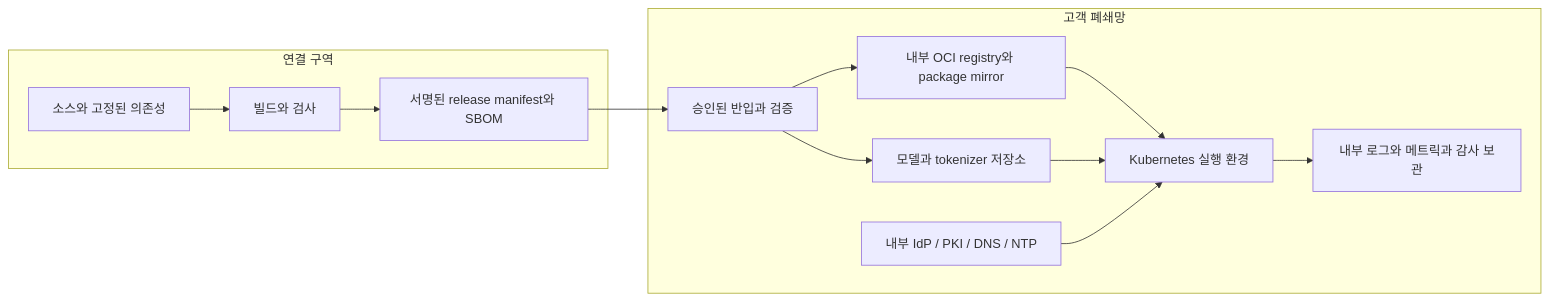
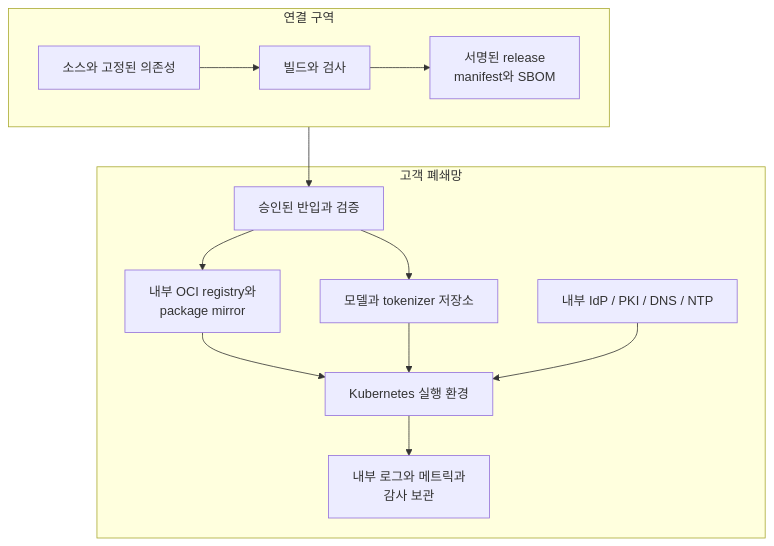
Before and after one commit to jay-jang/preparing-fde: the eighth of 17 diagrams in docs/fde-prezi-ko.md, drawn with Mermaid. The commit also changed other lines of this file and 75 other files, not shown here.

````diff
--- a/docs/fde-prezi-ko.md
+++ b/docs/fde-prezi-ko.md
@@ -424,16 +561,17 @@
 ```mermaid
-flowchart LR
+flowchart TB
   subgraph Build["연결 구역"]
+    direction LR
     C["소스와 고정된 의존성"] --> B["빌드와 검사"]
-    B --> S["서명된 release manifest와 SBOM"]
+    B --> S["서명된 release<br/>manifest와 SBOM"]
   end
-  S --> T["승인된 반입과 검증"]
   subgraph Offline["고객 폐쇄망"]
-    T --> R["내부 OCI registry와 package mirror"]
+    T["승인된 반입과 검증"] --> R["내부 OCI registry와<br/>package mirror"]
     T --> M["모델과 tokenizer 저장소"]
     R --> K["Kubernetes 실행 환경"]
     M --> K
     I["내부 IdP / PKI / DNS / NTP"] --> K
-    K --> O["내부 로그와 메트릭과 감사 보관"]
+    K --> O["내부 로그와 메트릭과<br/>감사 보관"]
   end
+  Build --> T
 ```
````
